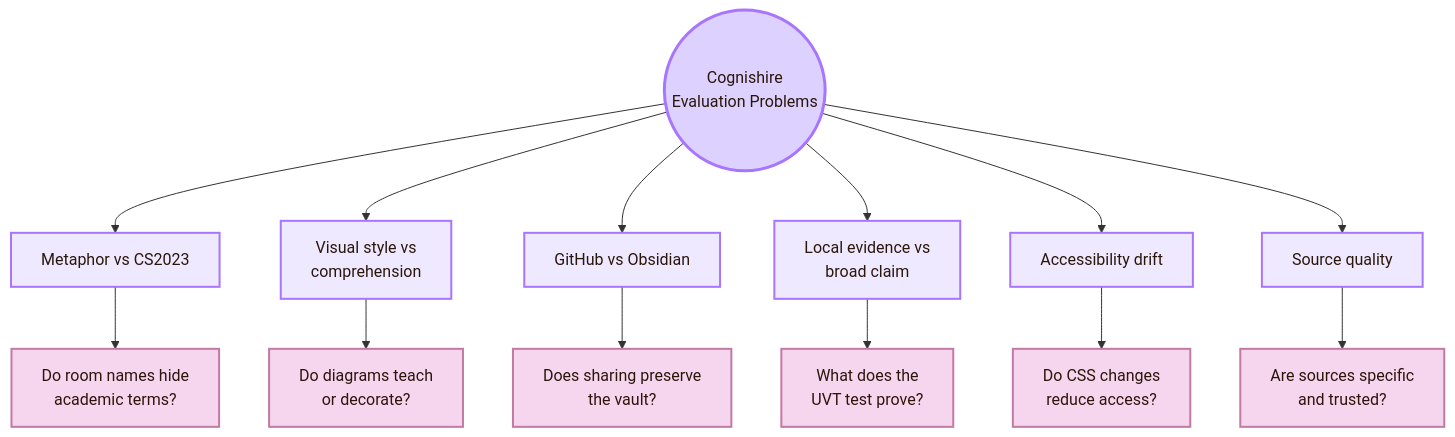
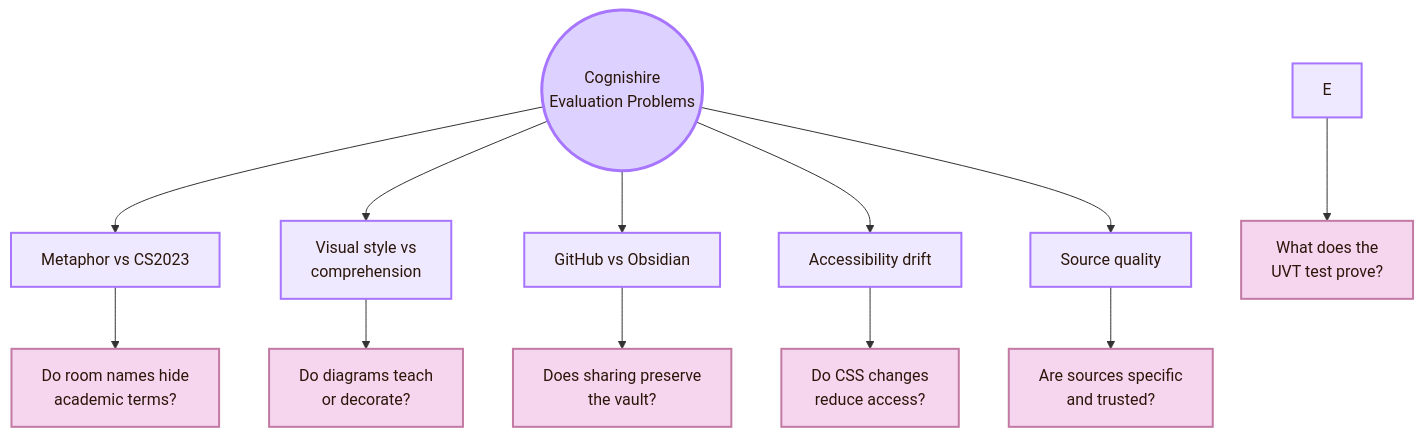
One commit to andreitegzes06-ui/CogniShire changed diagram 14 of 15 in 01_Core_Area_HCI/001_Subareas/03_Evaluating_the_Design/Open Problems.md. Above: the diagram before and after it, drawn with Mermaid. The commit also changed other lines of this file and 131 other files, not shown here.

````diff
--- a/01_Core_Area_HCI/001_Subareas/03_Evaluating_the_Design/Open Problems.md
+++ b/01_Core_Area_HCI/001_Subareas/03_Evaluating_the_Design/Open Problems.md
@@ -625,26 +601,25 @@
 ```mermaid
 flowchart TB
     A((Cognishire<br/>Evaluation Problems))
 
     A --> B[Metaphor vs CS2023]
     A --> C[Visual style vs<br/>comprehension]
     A --> D[GitHub vs Obsidian]
-    A --> E[Local evidence vs<br/>broad claim]
     A --> F[Accessibility drift]
     A --> G[Source quality]
 
     B --> B1[Do room names hide<br/>academic terms?]
     C --> C1[Do diagrams teach<br/>or decorate?]
     D --> D1[Does sharing preserve<br/>the vault?]
     E --> E1[What does the<br/>UVT test prove?]
     F --> F1[Do CSS changes<br/>reduce access?]
     G --> G1[Are sources specific<br/>and trusted?]
 
     classDef center fill:#ddd2ff,stroke:#a875ff,color:#2b160b,stroke-width:3px;
     classDef node fill:#eee9ff,stroke:#a875ff,color:#2b160b,stroke-width:2px;
     classDef detail fill:#f6d6ee,stroke:#c27aa2,color:#2b160b,stroke-width:2px;
 
     class A center;
     class B,C,D,E,F,G node;
     class B1,C1,D1,E1,F1,G1 detail;
 ```
````
